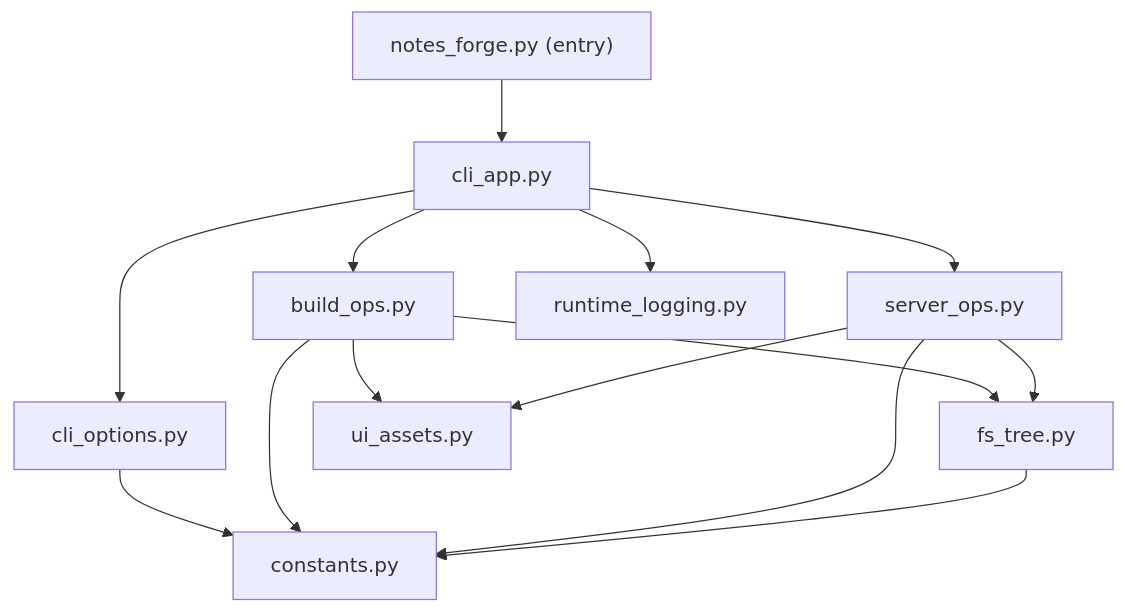
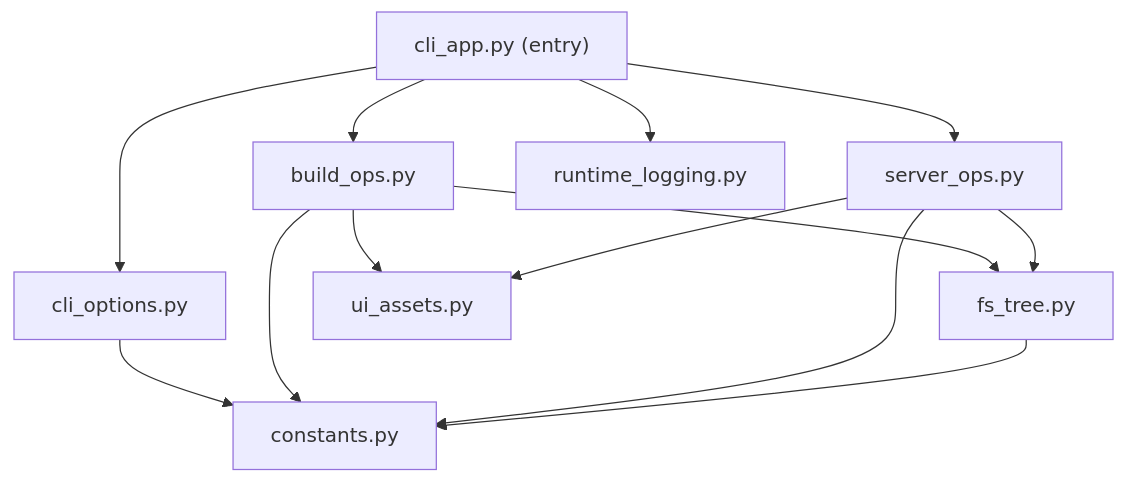
One commit to fenglielie/notes-forge changed the diagram in README.md. Above: the diagram before and after it, drawn with Mermaid. The commit also changed other lines of this file and 12 other files, not shown here.

Commit message:
update theme control, remove notes_forge.py

````diff
--- a/README.md
+++ b/README.md
@@ -190,16 +191,15 @@
 ```mermaid
 flowchart TD
-    A["notes_forge.py (entry)"] --> B["cli_app.py"]
-    B --> C["cli_options.py"]
-    B --> D["build_ops.py"]
-    B --> E["server_ops.py"]
-    D --> F["fs_tree.py"]
-    D --> G["ui_assets.py"]
-    E --> F
-    E --> G
-    B --> H["runtime_logging.py"]
-    C --> I["constants.py"]
-    D --> I
-    E --> I
-    F --> I
+    A["cli_app.py (entry)"] --> B["cli_options.py"]
+    A --> C["build_ops.py"]
+    A --> D["server_ops.py"]
+    C --> E["fs_tree.py"]
+    C --> F["ui_assets.py"]
+    D --> E
+    D --> F
+    A --> G["runtime_logging.py"]
+    B --> H["constants.py"]
+    C --> H
+    D --> H
+    E --> H
 ```
````
